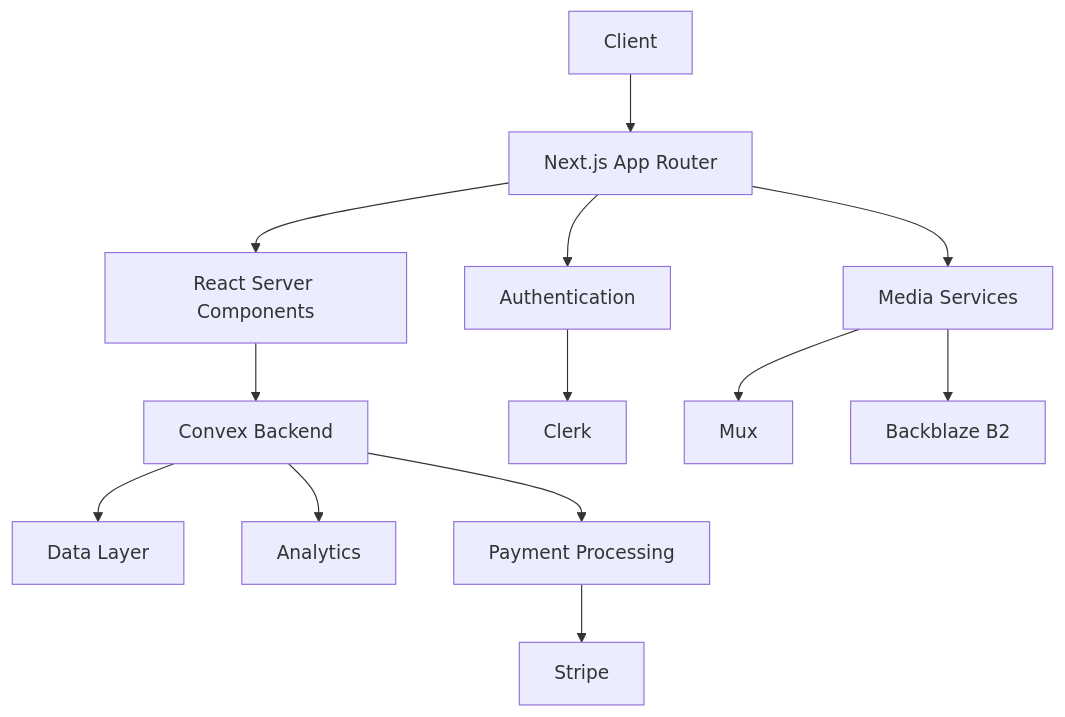
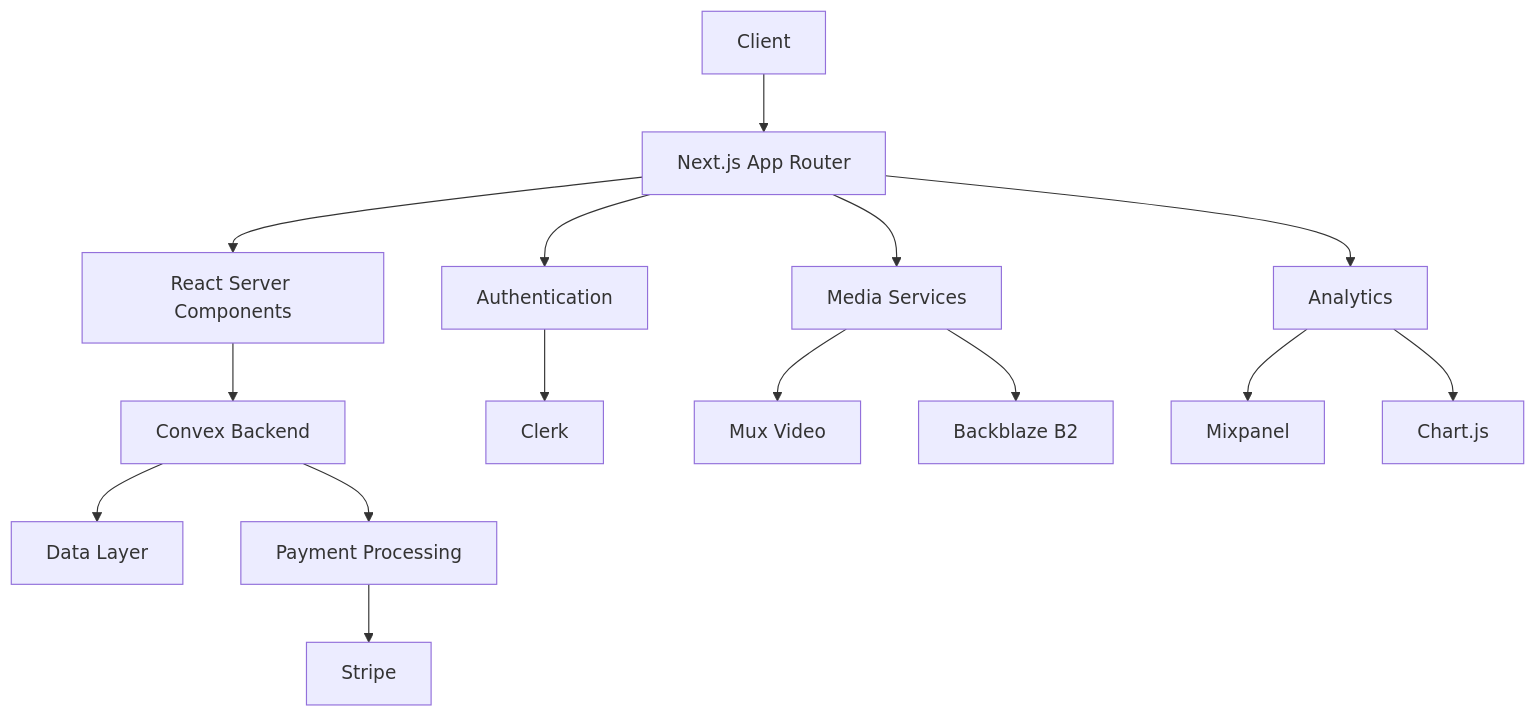
The diagram in README.md (Absumere/malik-portfolio), drawn with Mermaid before and after one commit. The commit also changed other lines of this file, not shown here.

Commit message:
docs: update README with latest tech stack and architecture changes

````diff
--- a/README.md
+++ b/README.md
@@ -98,15 +102,17 @@
 ```mermaid
 graph TD
     A[Client] --> B[Next.js App Router]
     B --> C[React Server Components]
     C --> D[Convex Backend]
     D --> E[Data Layer]
     B --> F[Authentication]
     F --> G[Clerk]
-    B --> I[Media Services]
-    I --> J[Mux]
-    I --> K[Backblaze B2]
-    D --> L[Analytics]
-    D --> M[Payment Processing]
-    M --> N[Stripe]
+    B --> H[Media Services]
+    H --> I[Mux Video]
+    H --> J[Backblaze B2]
+    B --> K[Analytics]
+    K --> L[Mixpanel]
+    K --> M[Chart.js]
+    D --> N[Payment Processing]
+    N --> O[Stripe]
 ```
````
